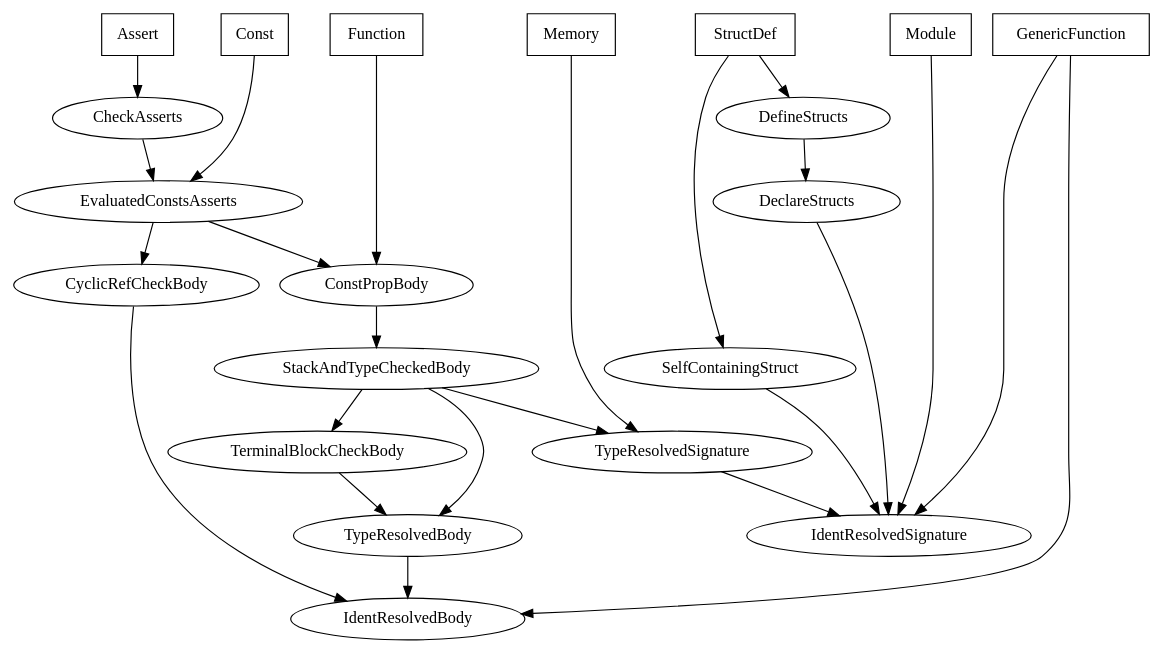
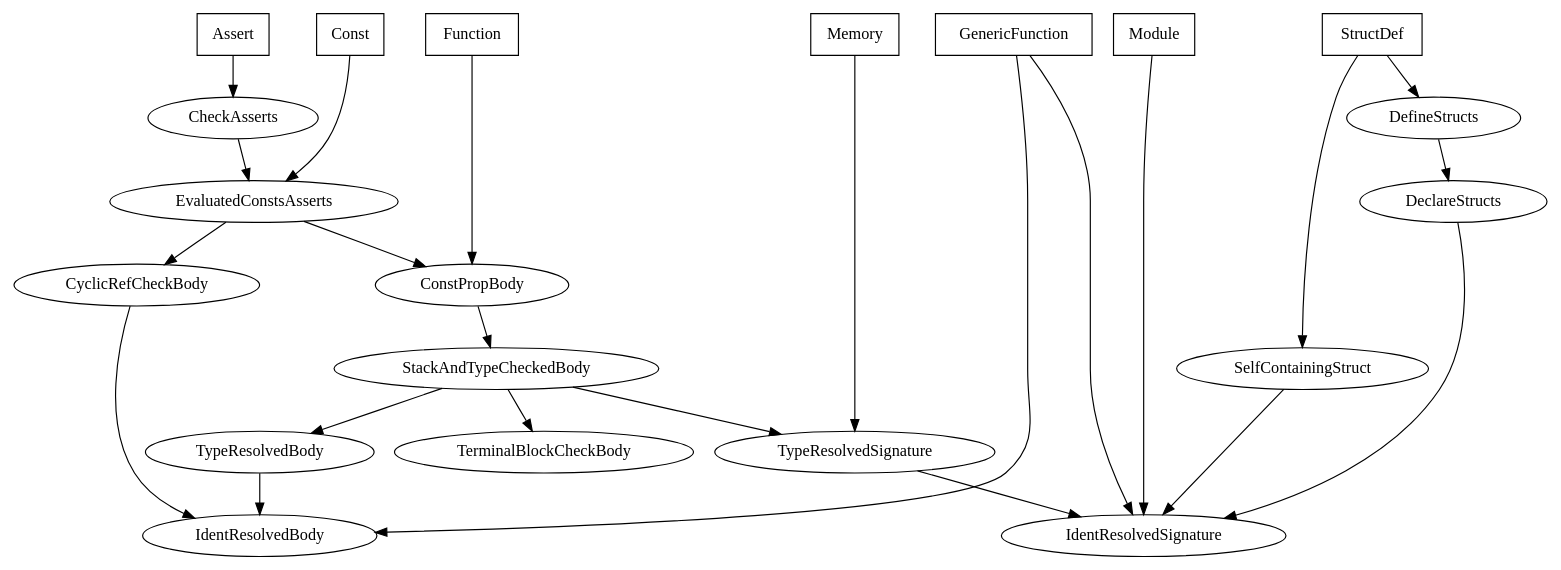
Before and after one commit to Measter/MFL: the diagram in pass_dep_graph.dot, drawn with Graphviz. The commit also changed 1 other file, not shown here.

Commit message:
MFL: TerminalBlockCheckBody pass doesn't depend on anything anymore.

```diff
--- a/pass_dep_graph.dot
+++ b/pass_dep_graph.dot
@@ -1,58 +1,57 @@
 strict digraph {
     subgraph passes {
         label = "Passes";
 
         IdentResolvedSignature;
         IdentResolvedBody;
         DeclareStructs;
         TypeResolvedSignature;
         TypeResolvedBody;
         CyclicRefCheckBody;
         DefineStructs;
         SelfContainingStruct;
         TerminalBlockCheckBody;
         StackAndTypeCheckedBody;
         ConstPropBody;
         EvaluatedConstsAsserts;
         CheckAsserts;
     }
 
     subgraph items {
         rank = same;
         node [shape = "box"]
         label = "Items";
 
         Module;
         StructDef;
         Memory;
         GenericFunction;
         Assert;
         Const;
         Function;
     }
 
     DeclareStructs -> IdentResolvedSignature;
     TypeResolvedSignature -> IdentResolvedSignature;
     TypeResolvedBody -> IdentResolvedBody;
     DefineStructs -> DeclareStructs;
     SelfContainingStruct -> IdentResolvedSignature;
     CyclicRefCheckBody -> IdentResolvedBody;
-    TerminalBlockCheckBody -> TypeResolvedBody;
     StackAndTypeCheckedBody -> TypeResolvedSignature;
     StackAndTypeCheckedBody -> TypeResolvedBody;
     StackAndTypeCheckedBody -> TerminalBlockCheckBody;
     ConstPropBody -> StackAndTypeCheckedBody;
     EvaluatedConstsAsserts -> CyclicRefCheckBody;
     EvaluatedConstsAsserts -> ConstPropBody;
     CheckAsserts -> EvaluatedConstsAsserts;
 
     Module -> IdentResolvedSignature;
     StructDef -> SelfContainingStruct;
     StructDef -> DefineStructs;
     Memory -> TypeResolvedSignature;
     GenericFunction -> IdentResolvedSignature;
     GenericFunction -> IdentResolvedBody;
     Assert -> CheckAsserts;
     Const -> EvaluatedConstsAsserts;
     Function -> ConstPropBody;
 }
```
